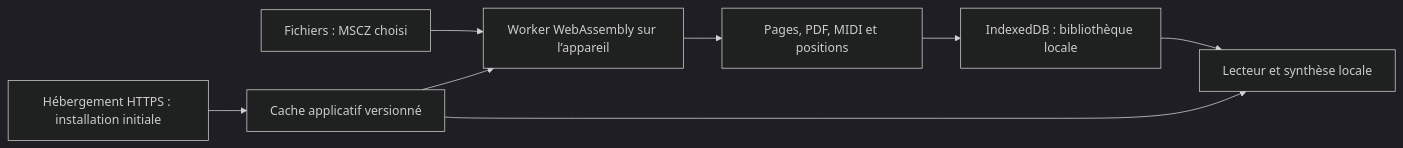
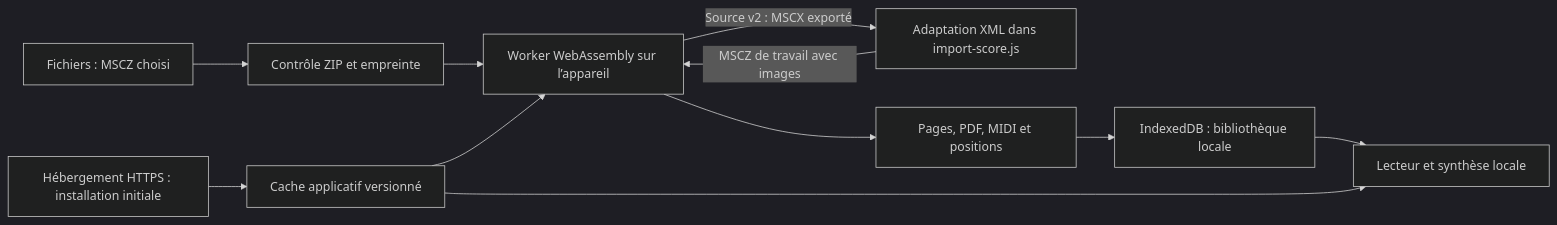
Before and after one commit to Alexmacapple/Pupitro: the diagram in docs/ARCHITECTURE.md, drawn with Mermaid (dark theme). The commit also changed other lines of this file and 12 other files, not shown here.

````diff
--- a/docs/ARCHITECTURE.md
+++ b/docs/ARCHITECTURE.md
@@ -15,10 +15,13 @@
 ```mermaid
 flowchart LR
-  A[Fichiers : MSCZ choisi] --> B[Worker WebAssembly sur l’appareil]
+  A[Fichiers : MSCZ choisi] --> H[Contrôle ZIP et empreinte]
+  H --> B[Worker WebAssembly sur l’appareil]
+  B -->|Source v2 : MSCX exporté| I[Adaptation XML dans import-score.js]
+  I -->|MSCZ de travail avec images| B
   B --> C[Pages, PDF, MIDI et positions]
   C --> D[IndexedDB : bibliothèque locale]
   D --> E[Lecteur et synthèse locale]
   F[Hébergement HTTPS : installation initiale] --> G[Cache applicatif versionné]
   G --> B
   G --> E
 ```
````
